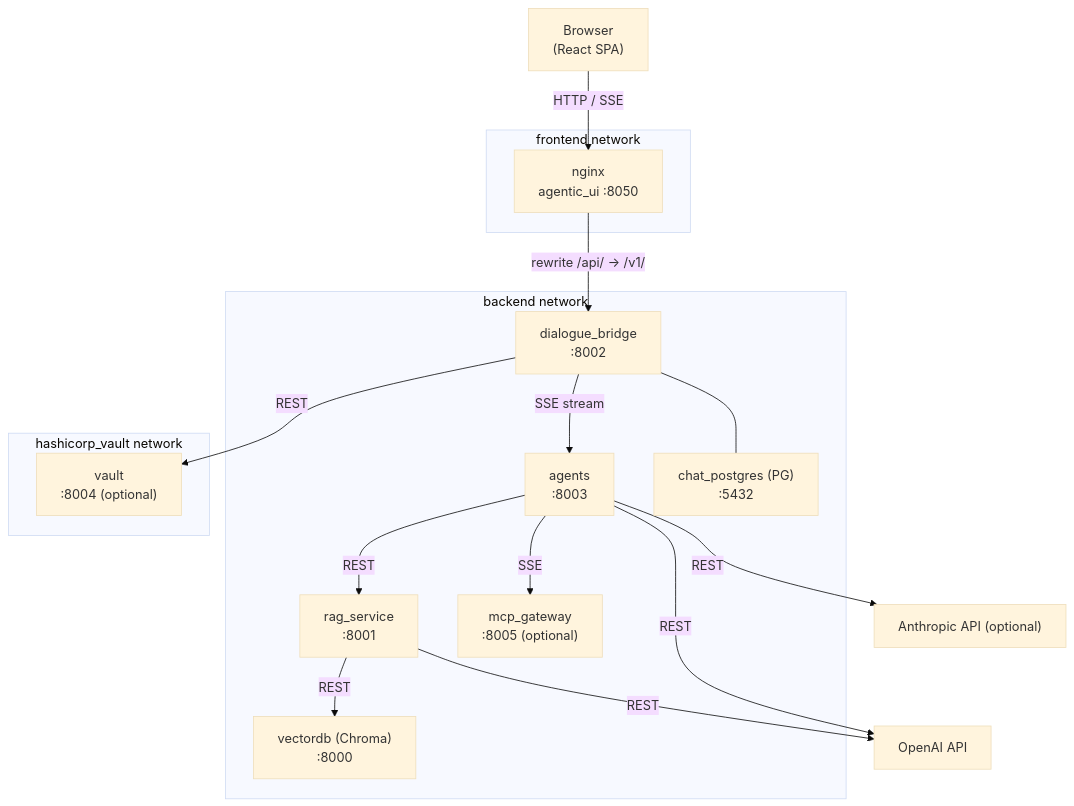
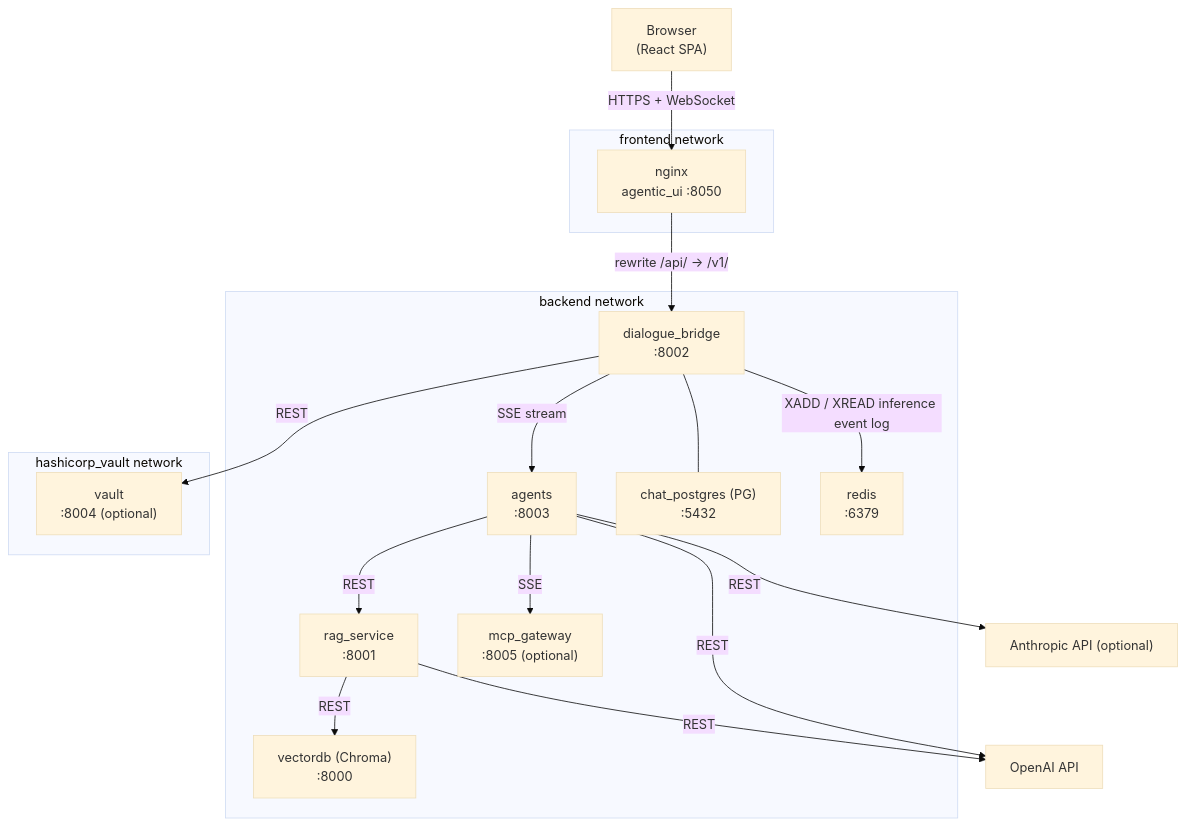
Before and after one commit to konstantinosmpouros/mAgenticX: the first of 3 diagrams in docs/architecture/overview.md, drawn with Mermaid (base theme). The commit also changed other lines of this file and 26 other files, not shown here.

Commit message:
Migrate inference streaming to WebSocket + Redis

````diff
--- a/docs/architecture/overview.md
+++ b/docs/architecture/overview.md
@@ -26,35 +27,37 @@
 ```mermaid
 flowchart TB
     Browser["Browser\n(React SPA)"]
 
     subgraph frontend_net["frontend network"]
         nginx["nginx\nagentic_ui :8050"]
     end
 
     subgraph backend_net["backend network"]
         bridge["dialogue_bridge\n:8002"]
         agents["agents\n:8003"]
         rag["rag_service\n:8001"]
         chroma["vectordb (Chroma)\n:8000"]
         pg["chat_postgres (PG)\n:5432"]
+        redis["redis\n:6379"]
         mcp["mcp_gateway\n:8005 (optional)"]
     end
 
     subgraph vault_net["hashicorp_vault network"]
         vault["vault\n:8004 (optional)"]
     end
 
-    Browser -->|"HTTP / SSE"| nginx
+    Browser -->|"HTTPS + WebSocket"| nginx
     nginx -->|"rewrite /api/ → /v1/"| bridge
     bridge -->|"SSE stream"| agents
     bridge -->|"REST"| vault
     bridge --- pg
+    bridge -->|"XADD / XREAD inference event log"| redis
 
     agents -->|"REST"| rag
     agents -->|"SSE"| mcp
     agents -->|"REST"| OpenAI["OpenAI API"]
     agents -->|"REST"| Anthropic["Anthropic API (optional)"]
 
     rag -->|"REST"| chroma
     rag -->|"REST"| OpenAI
 ```
````
